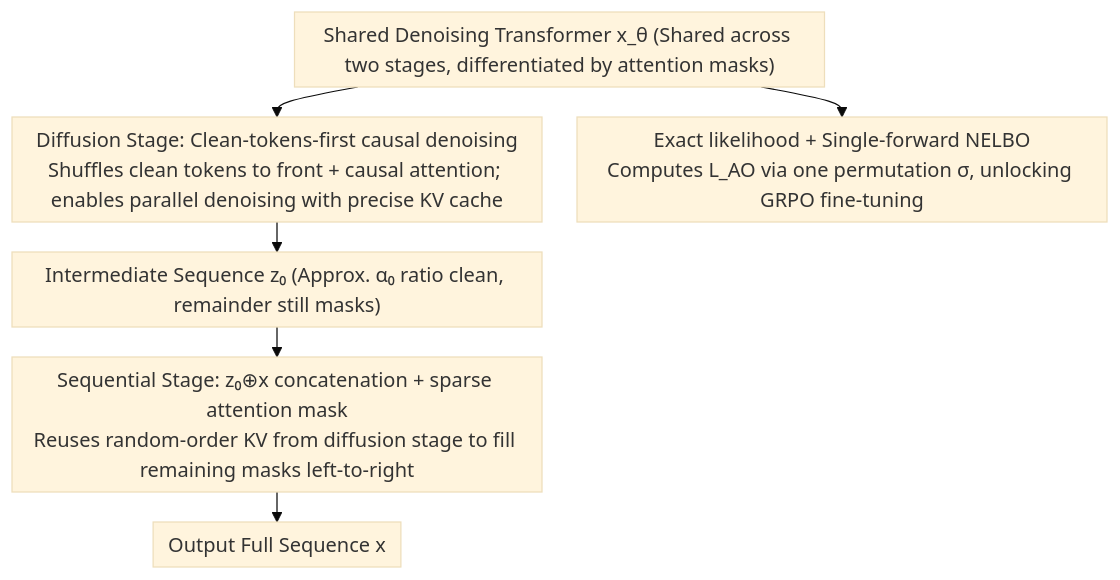
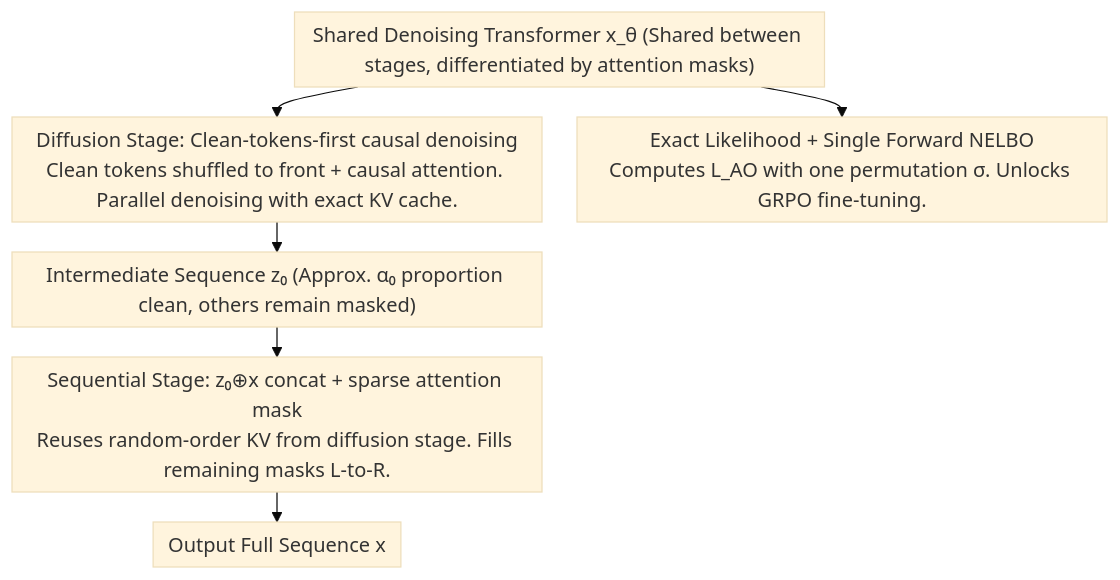
The diagram in docs/ICML2026/image_generation/esoteric_language_models_a_family_of_any-order_diffusion_llms.md (zhaoyang97/Paper-Notes-en), drawn with Mermaid (base theme) before and after one commit. The commit also changed other lines of this file and 5084 other files, not shown here.

````diff
--- a/docs/ICML2026/image_generation/esoteric_language_models_a_family_of_any-order_diffusion_llms.md
+++ b/docs/ICML2026/image_generation/esoteric_language_models_a_family_of_any-order_diffusion_llms.md
@@ -44,10 +44,10 @@
 ```mermaid
 %%{init: {'flowchart': {'rankSpacing': 24, 'nodeSpacing': 28, 'padding': 6, 'wrappingWidth': 400}}}%%
 flowchart TD
-    SH["Shared Denoising Transformer x_θ (Shared across two stages, differentiated by attention masks)"]
-    SH --> B["Diffusion Stage: Clean-tokens-first causal denoising<br/>Shuffles clean tokens to front + causal attention; enables parallel denoising with precise KV cache"]
-    B --> C["Intermediate Sequence z₀ (Approx. α₀ ratio clean, remainder still masks)"]
-    C --> D["Sequential Stage: z₀⊕x concatenation + sparse attention mask<br/>Reuses random-order KV from diffusion stage to fill remaining masks left-to-right"]
+    SH["Shared Denoising Transformer x_θ (Shared between stages, differentiated by attention masks)"]
+    SH --> B["Diffusion Stage: Clean-tokens-first causal denoising<br/>Clean tokens shuffled to front + causal attention. Parallel denoising with exact KV cache."]
+    B --> C["Intermediate Sequence z₀ (Approx. α₀ proportion clean, others remain masked)"]
+    C --> D["Sequential Stage: z₀⊕x concat + sparse attention mask<br/>Reuses random-order KV from diffusion stage. Fills remaining masks L-to-R."]
     D --> E["Output Full Sequence x"]
-    SH --> F["Exact likelihood + Single-forward NELBO<br/>Computes L_AO via one permutation σ, unlocking GRPO fine-tuning"]
+    SH --> F["Exact Likelihood + Single Forward NELBO<br/>Computes L_AO with one permutation σ. Unlocks GRPO fine-tuning."]
 ```
````
